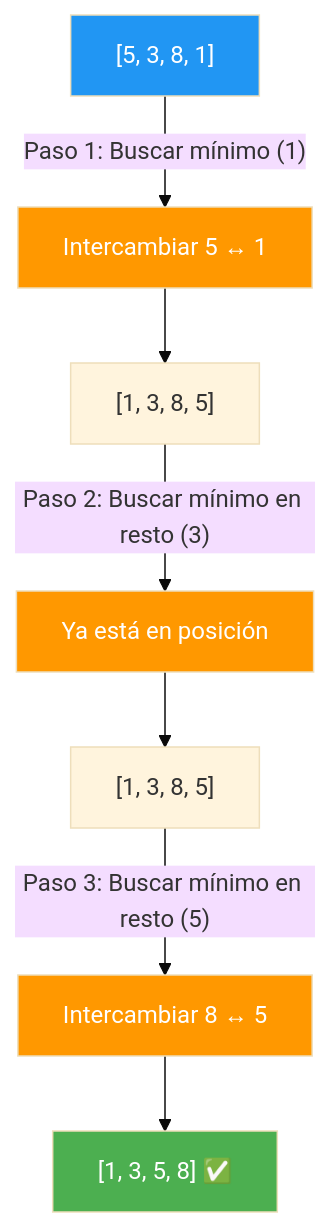
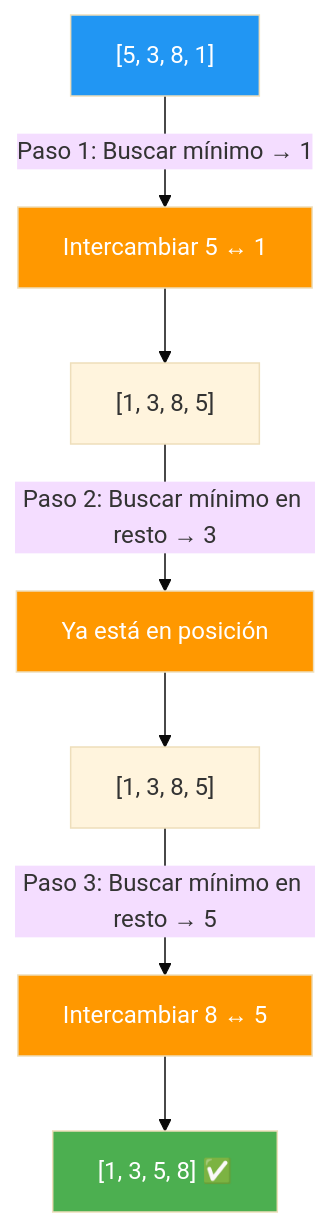
One commit to joseluisgs/Programacion-03-2026-2027 changed the second of 7 diagrams in 07-ordenacion-busqueda.md. Above: the diagram before and after it, drawn with Mermaid (base theme). The commit also changed other lines of this file and 8 other files, not shown here.

````diff
--- a/07-ordenacion-busqueda.md
+++ b/07-ordenacion-busqueda.md
@@ -72,14 +111,14 @@
 ```mermaid
 graph TD
-    A["[5, 3, 8, 1]"] -->|"Paso 1: Buscar mínimo (1)"| B["Intercambiar 5 ↔ 1"]
+    A["[5, 3, 8, 1]"] -->|"Paso 1: Buscar mínimo → 1"| B["Intercambiar 5 ↔ 1"]
     B --> C["[1, 3, 8, 5]"]
-    C -->|"Paso 2: Buscar mínimo en resto (3)"| D["Ya está en posición"]
+    C -->|"Paso 2: Buscar mínimo en resto → 3"| D["Ya está en posición"]
     D --> E["[1, 3, 8, 5]"]
-    E -->|"Paso 3: Buscar mínimo en resto (5)"| F["Intercambiar 8 ↔ 5"]
+    E -->|"Paso 3: Buscar mínimo en resto → 5"| F["Intercambiar 8 ↔ 5"]
     F --> G["[1, 3, 5, 8] ✅"]
     style A fill:#2196F3,color:#fff
     style B fill:#FF9800,color:#fff
     style D fill:#FF9800,color:#fff
     style F fill:#FF9800,color:#fff
     style G fill:#4CAF50,color:#fff
 ```
````
